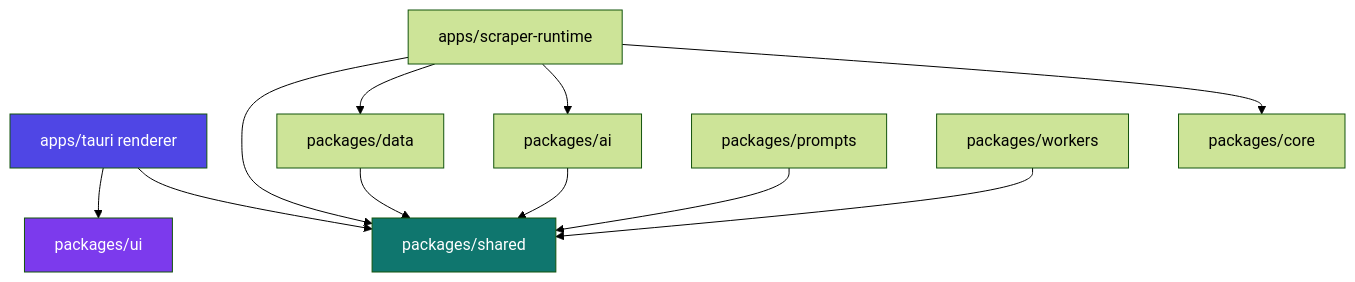
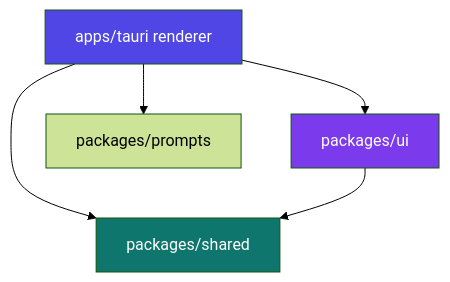
Before and after one commit to saeedkolivand/ai-job-hunter-app: the seventh of 7 diagrams in docs/ARCHITECTURE.md, drawn with Mermaid (forest theme). The commit also changed other lines of this file and 15 other files, not shown here.

First line of the commit message:
refactor: architecture hardening — typed IPC, codegen, dead-code removal (#143)

````diff
--- a/docs/ARCHITECTURE.md
+++ b/docs/ARCHITECTURE.md
@@ -487,27 +410,16 @@
 ```mermaid
 graph TD
     Renderer["apps/tauri renderer"]
     Shared["packages/shared"]
     UI["packages/ui"]
-    Core["packages/core"]
-    AI["packages/ai"]
-    Data["packages/data"]
     Prompts["packages/prompts"]
-    Workers["packages/workers"]
-    Sidecar["apps/scraper-runtime"]
 
     Renderer --> Shared
     Renderer --> UI
-    Sidecar --> Core
-    Sidecar --> AI
-    Sidecar --> Data
-    Sidecar --> Shared
-    AI --> Shared
-    Data --> Shared
-    Workers --> Shared
-    Prompts --> Shared
+    Renderer --> Prompts
+    UI --> Shared
 
     style Renderer fill:#4f46e5,color:#fff
     style UI fill:#7c3aed,color:#fff
     style Shared fill:#0f766e,color:#fff
 ```
````
